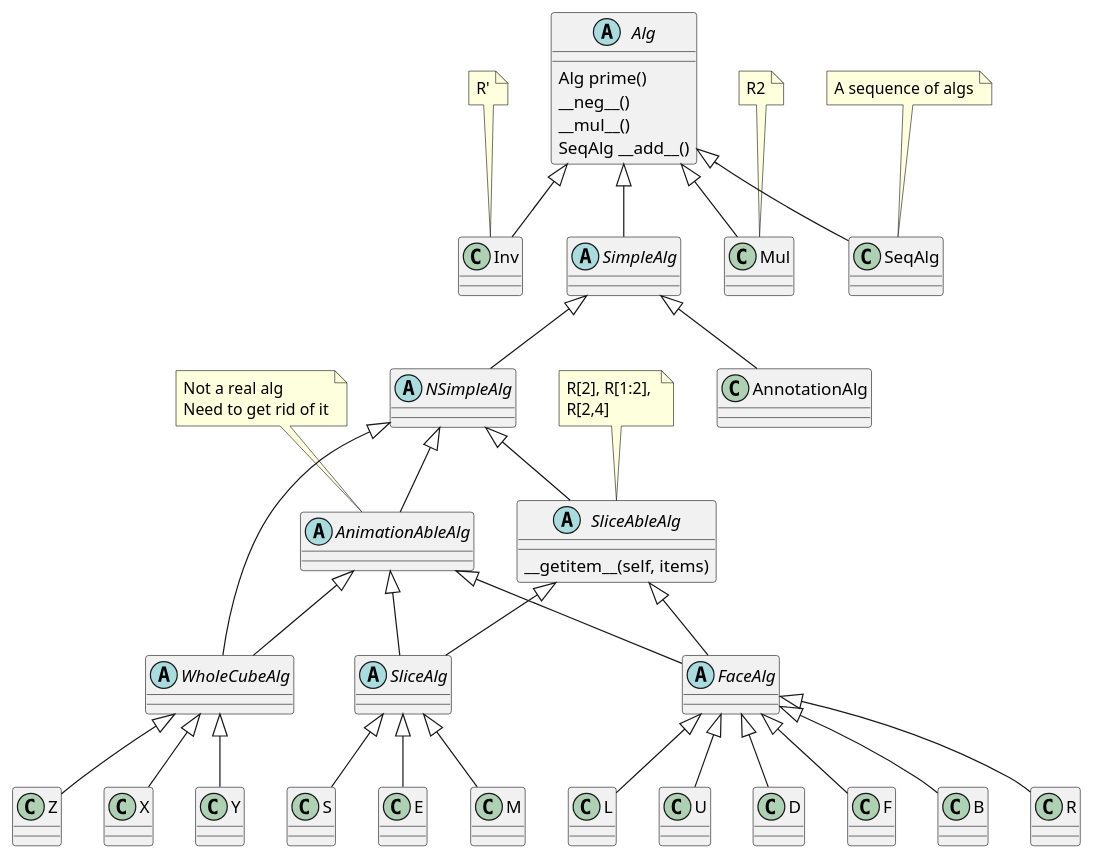
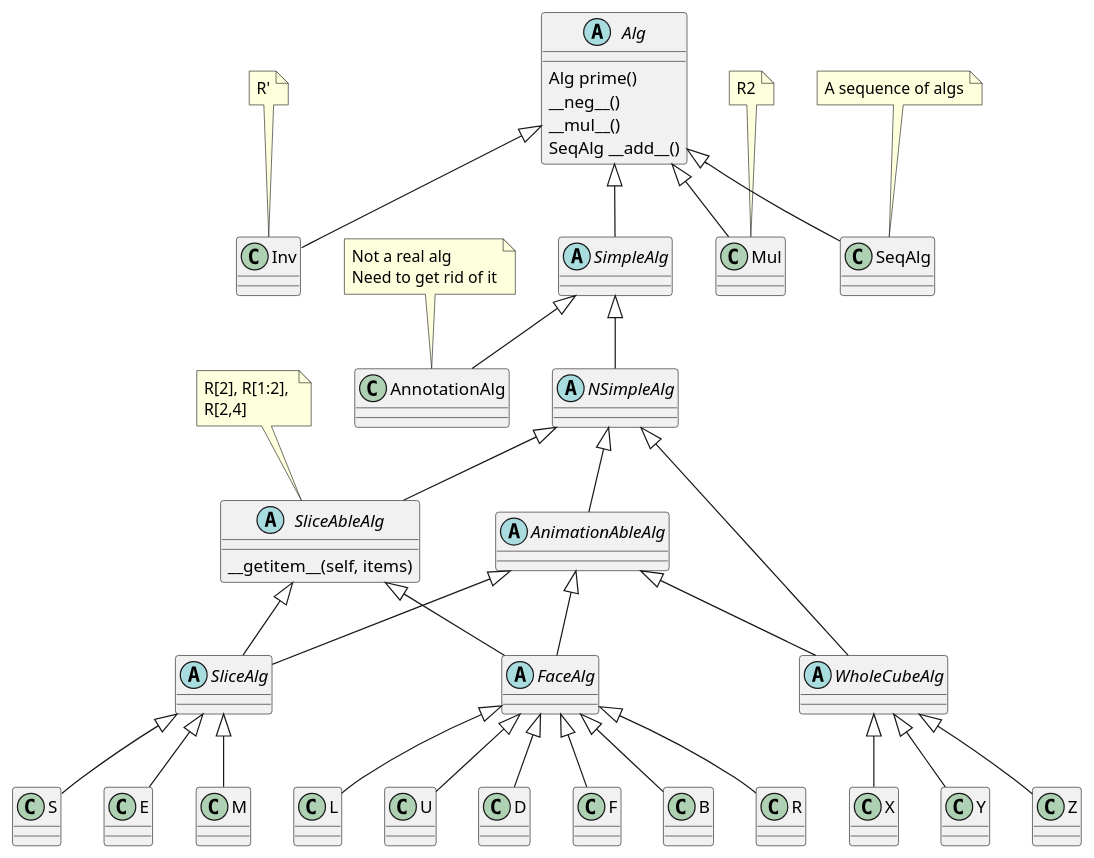
The diagram in cube/algs/algs.puml (boaznahum/cubesolve), drawn with PlantUML before and after one commit. The commit also changed 1 other file, not shown here.

```diff
--- a/cube/algs/algs.puml
+++ b/cube/algs/algs.puml
@@ -1,68 +1,71 @@
 @startuml
 'https://plantuml.com/class-diagram
 
 abstract class Alg {
     Alg prime()
     __neg__()
     __mul__()
     SeqAlg __add__()
 }
 
 abstract class SimpleAlg
 abstract class NSimpleAlg
 
 abstract class AnimationAbleAlg
-note top of AnimationAbleAlg: Not a real alg\nNeed to get rid of it
 
 abstract class SliceAbleAlg {
     __getitem__(self, items)
 }
 abstract class FaceAlg
 abstract class SliceAlg
 abstract class WholeCubeAlg
+
+class AnnotationAlg
+note top of AnnotationAlg: Not a real alg\nNeed to get rid of it
+
 
 Alg  <|--  SimpleAlg
 SimpleAlg  <|--  NSimpleAlg
 SimpleAlg  <|--  AnnotationAlg
 NSimpleAlg  <|--  AnimationAbleAlg
 NSimpleAlg  <|--  SliceAbleAlg
 
 Alg  <|--  Inv
 Alg  <|--  Mul
 note top of Inv: R'
 note top of Mul: R2
 
 SliceAbleAlg  <|--  FaceAlg
 AnimationAbleAlg  <|--  FaceAlg
 
 note top of SliceAbleAlg: R[2], R[1:2], \nR[2,4]
 
 SliceAbleAlg  <|--  SliceAlg
 AnimationAbleAlg  <|--  SliceAlg
 
 NSimpleAlg  <|--  WholeCubeAlg
 AnimationAbleAlg  <|--  WholeCubeAlg
 
 FaceAlg <|-- U
 FaceAlg <|-- D
 FaceAlg <|-- F
 FaceAlg <|-- B
 FaceAlg <|-- R
 FaceAlg <|-- L
 
 together  {
 SliceAlg <|-- M
 SliceAlg <|-- E
 SliceAlg <|-- S
 }
 
 WholeCubeAlg <|-- X
 WholeCubeAlg <|-- Y
 WholeCubeAlg <|-- Z
 
 Alg <|-- SeqAlg
 
 note top of SeqAlg: A sequence of algs
 
 
 @enduml
```
